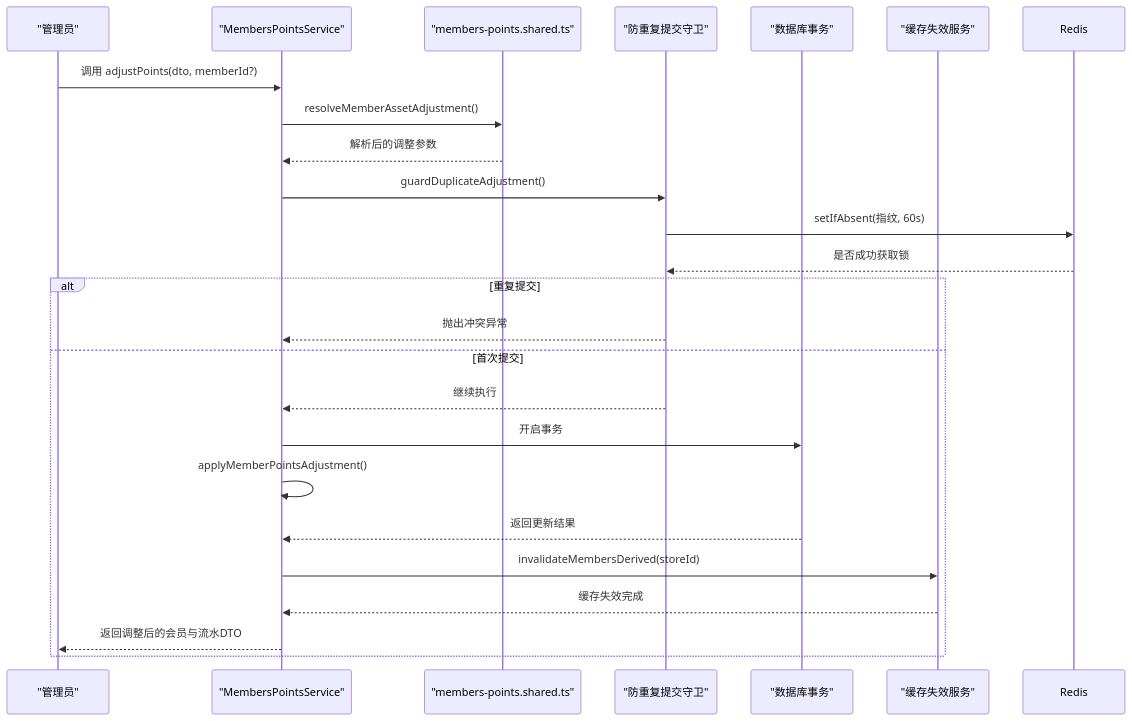
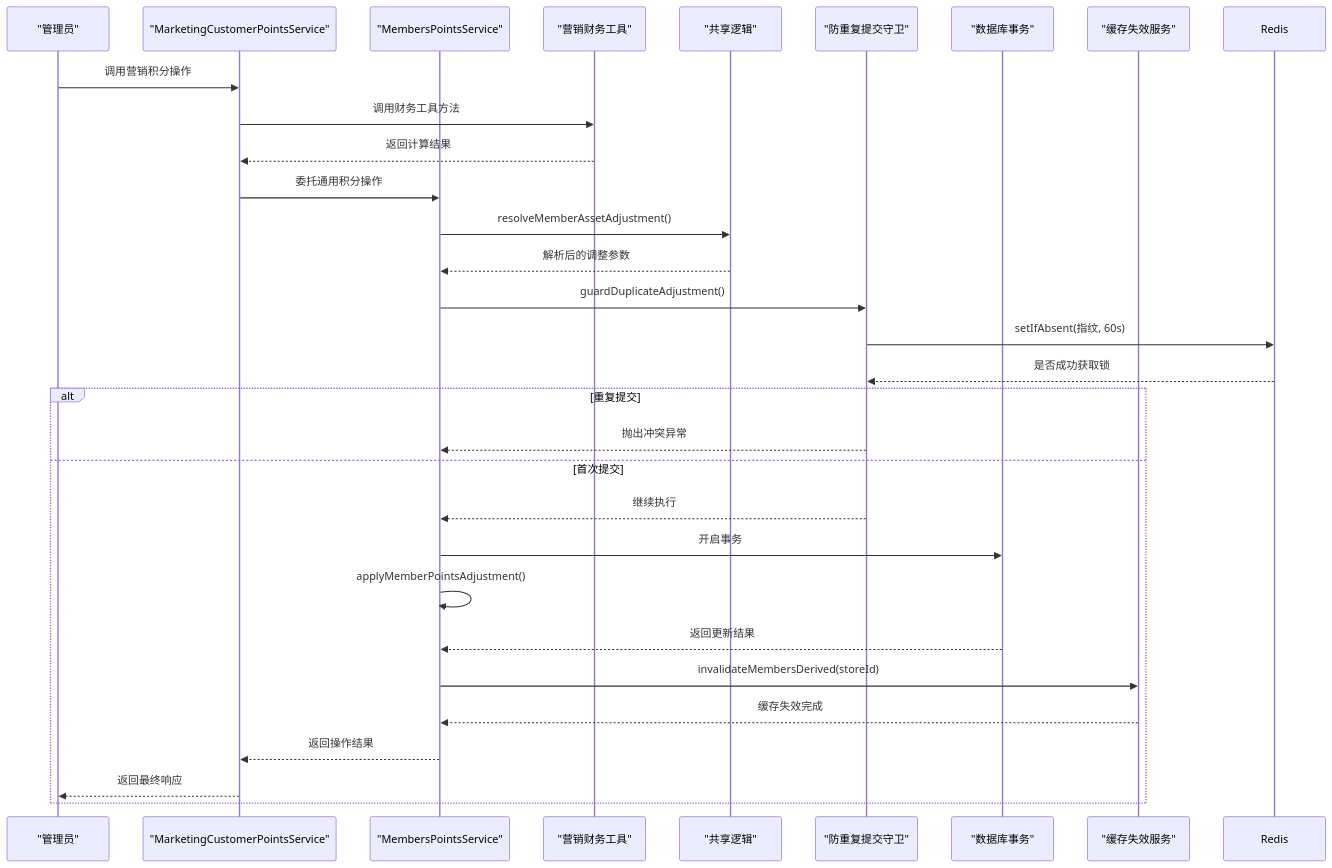
The second of 5 diagrams in .qoder/repowiki/zh/content/业务模块/会员管理模块/会员积分管理.md (rc558620/purelyprofit-server), drawn with Mermaid before and after one commit. The commit also changed other lines of this file and 10 other files, not shown here.

````diff
--- a/.qoder/repowiki/zh/content/业务模块/会员管理模块/会员积分管理.md
+++ b/.qoder/repowiki/zh/content/业务模块/会员管理模块/会员积分管理.md
@@ -117,26 +115,32 @@
 ```mermaid
 sequenceDiagram
 participant Admin as "管理员"
-participant Svc as "MembersPointsService"
-participant Shared as "members-points.shared.ts"
+participant MktSvc as "MarketingCustomerPointsService"
+participant MemberSvc as "MembersPointsService"
+participant FinanceUtils as "营销财务工具"
+participant Shared as "共享逻辑"
 participant Guard as "防重复提交守卫"
 participant Txn as "数据库事务"
 participant Cache as "缓存失效服务"
-Admin->>Svc : 调用 adjustPoints(dto, memberId?)
-Svc->>Shared : resolveMemberAssetAdjustment()
-Shared-->>Svc : 解析后的调整参数
-Svc->>Guard : guardDuplicateAdjustment()
+Admin->>MktSvc : 调用营销积分操作
+MktSvc->>FinanceUtils : 调用财务工具方法
+FinanceUtils-->>MktSvc : 返回计算结果
+MktSvc->>MemberSvc : 委托通用积分操作
+MemberSvc->>Shared : resolveMemberAssetAdjustment()
+Shared-->>MemberSvc : 解析后的调整参数
+MemberSvc->>Guard : guardDuplicateAdjustment()
 Guard->>Redis : setIfAbsent(指纹, 60s)
 Redis-->>Guard : 是否成功获取锁
 alt 重复提交
-Guard-->>Svc : 抛出冲突异常
+Guard-->>MemberSvc : 抛出冲突异常
 else 首次提交
-Guard-->>Svc : 继续执行
-Svc->>Txn : 开启事务
-Svc->>Svc : applyMemberPointsAdjustment()
-Txn-->>Svc : 返回更新结果
-Svc->>Cache : invalidateMembersDerived(storeId)
-Cache-->>Svc : 缓存失效完成
-Svc-->>Admin : 返回调整后的会员与流水DTO
+Guard-->>MemberSvc : 继续执行
+MemberSvc->>Txn : 开启事务
+MemberSvc->>MemberSvc : applyMemberPointsAdjustment()
+Txn-->>MemberSvc : 返回更新结果
+MemberSvc->>Cache : invalidateMembersDerived(storeId)
+Cache-->>MemberSvc : 缓存失效完成
+MemberSvc-->>MktSvc : 返回操作结果
+MktSvc-->>Admin : 返回最终响应
 end
 ```
````
